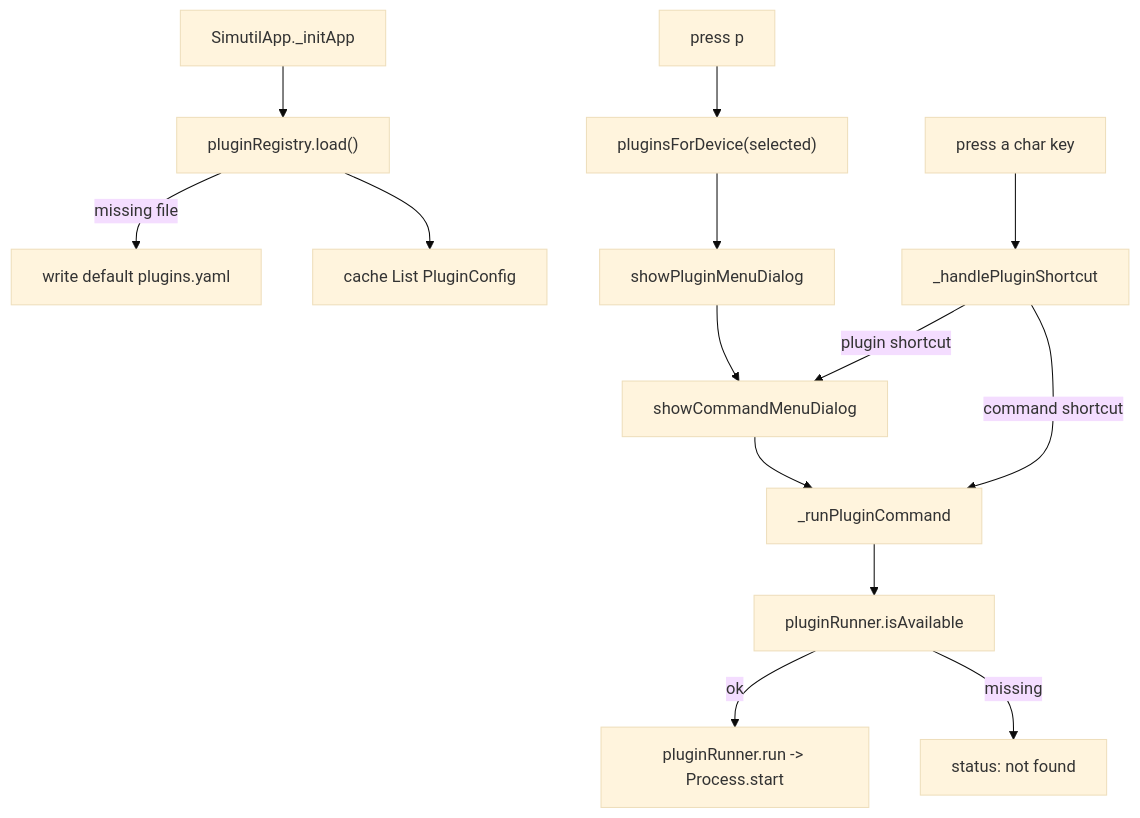
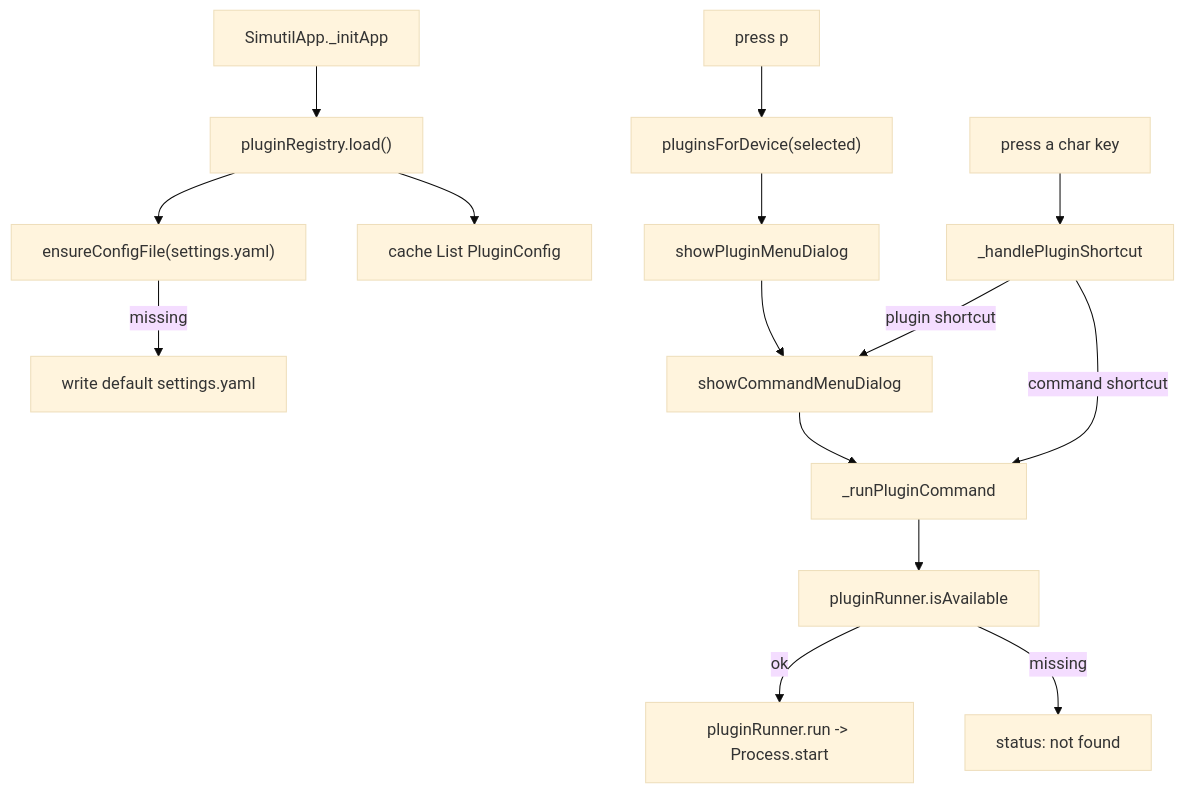
Before and after one commit to dungngminh/simutil: the diagram in docs/ai/plugins.md, drawn with Mermaid (base theme). The commit also changed other lines of this file and 17 other files, not shown here.

````diff
--- a/docs/ai/plugins.md
+++ b/docs/ai/plugins.md
@@ -50,18 +52,19 @@
 ```mermaid
 flowchart TD
     Init["SimutilApp._initApp"] --> Load["pluginRegistry.load()"]
-    Load -->|missing file| Write["write default plugins.yaml"]
+    Load --> Ensure["ensureConfigFile(settings.yaml)"]
+    Ensure -->|missing| Write["write default settings.yaml"]
     Load --> Cache["cache List PluginConfig"]
 
     P["press p"] --> ForDevice["pluginsForDevice(selected)"]
     ForDevice --> PMenu["showPluginMenuDialog"]
     PMenu --> CMenu["showCommandMenuDialog"]
     CMenu --> RunCmd["_runPluginCommand"]
     RunCmd --> Avail["pluginRunner.isAvailable"]
     Avail -->|ok| Start["pluginRunner.run -> Process.start"]
     Avail -->|missing| Status["status: not found"]
 
     Sc["press a char key"] --> ShortLookup["_handlePluginShortcut"]
     ShortLookup -->|command shortcut| RunCmd
     ShortLookup -->|plugin shortcut| CMenu
 ```
````
